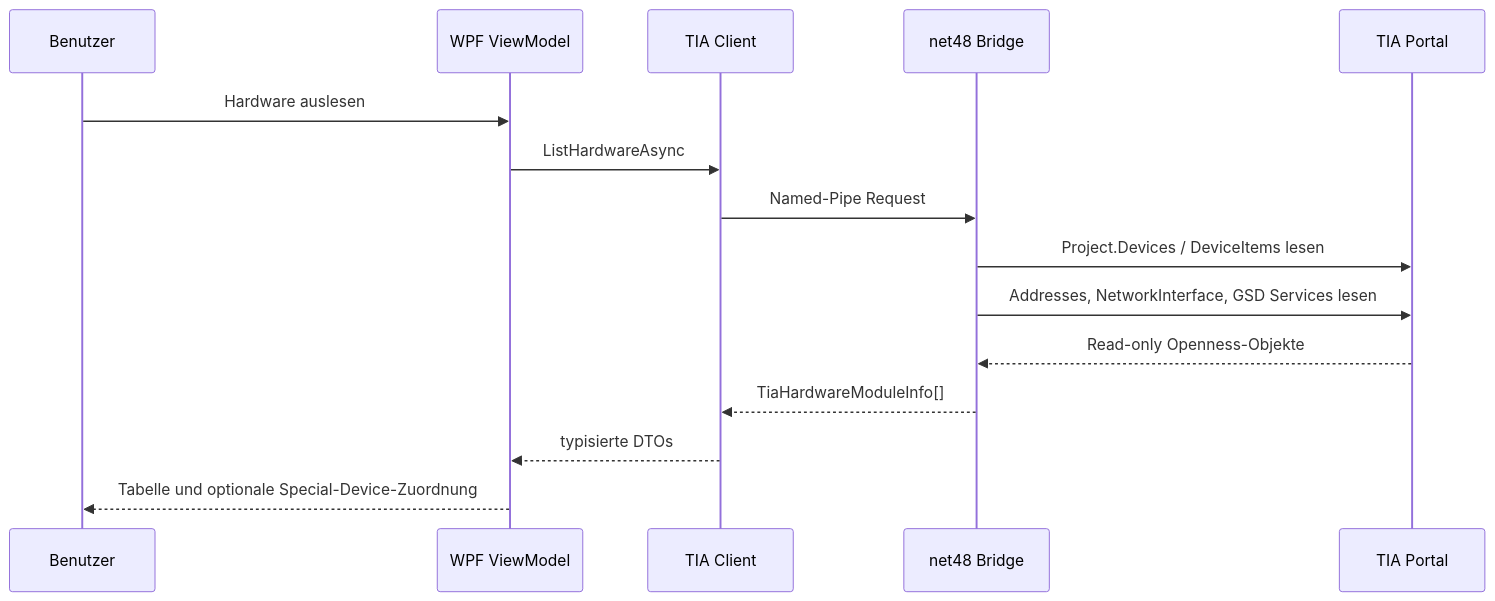
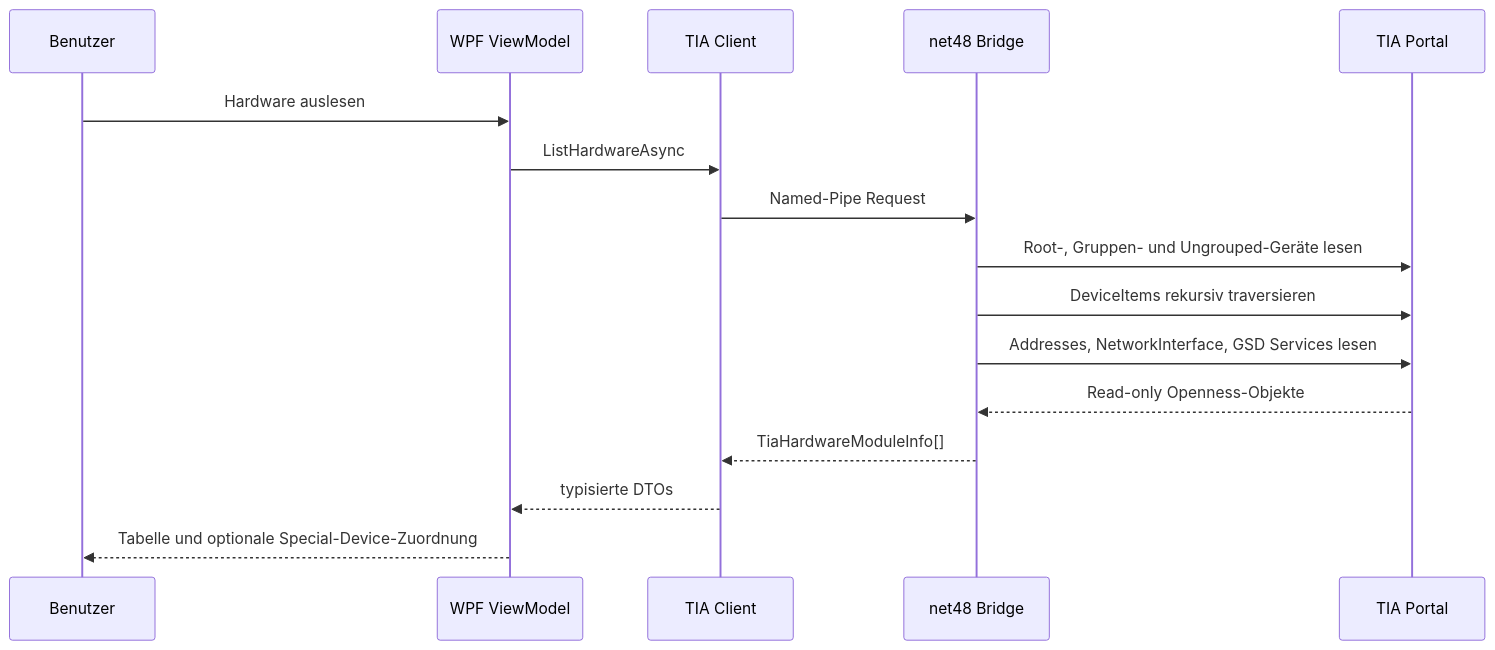
One commit to Marbest4/VIBN_Tools_App changed the fourth of 5 diagrams in docs/ARCHITECTURE_DIAGRAMS.md. Above: the diagram before and after it, drawn with Mermaid. The commit also changed other lines of this file and 24 other files, not shown here.

````diff
--- a/docs/ARCHITECTURE_DIAGRAMS.md
+++ b/docs/ARCHITECTURE_DIAGRAMS.md
@@ -60,17 +59,18 @@
 ```mermaid
 sequenceDiagram
     participant U as Benutzer
     participant W as WPF ViewModel
     participant C as TIA Client
     participant B as net48 Bridge
     participant T as TIA Portal
     U->>W: Hardware auslesen
     W->>C: ListHardwareAsync
     C->>B: Named-Pipe Request
-    B->>T: Project.Devices / DeviceItems lesen
+    B->>T: Root-, Gruppen- und Ungrouped-Geräte lesen
+    B->>T: DeviceItems rekursiv traversieren
     B->>T: Addresses, NetworkInterface, GSD Services lesen
     T-->>B: Read-only Openness-Objekte
     B-->>C: TiaHardwareModuleInfo[]
     C-->>W: typisierte DTOs
     W-->>U: Tabelle und optionale Special-Device-Zuordnung
 ```
````
